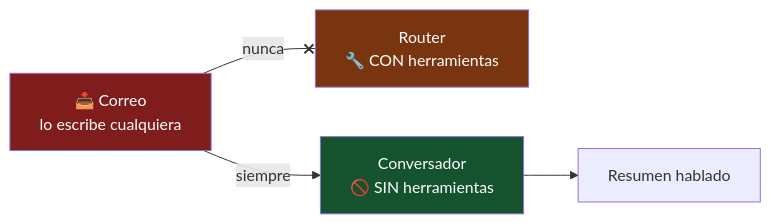
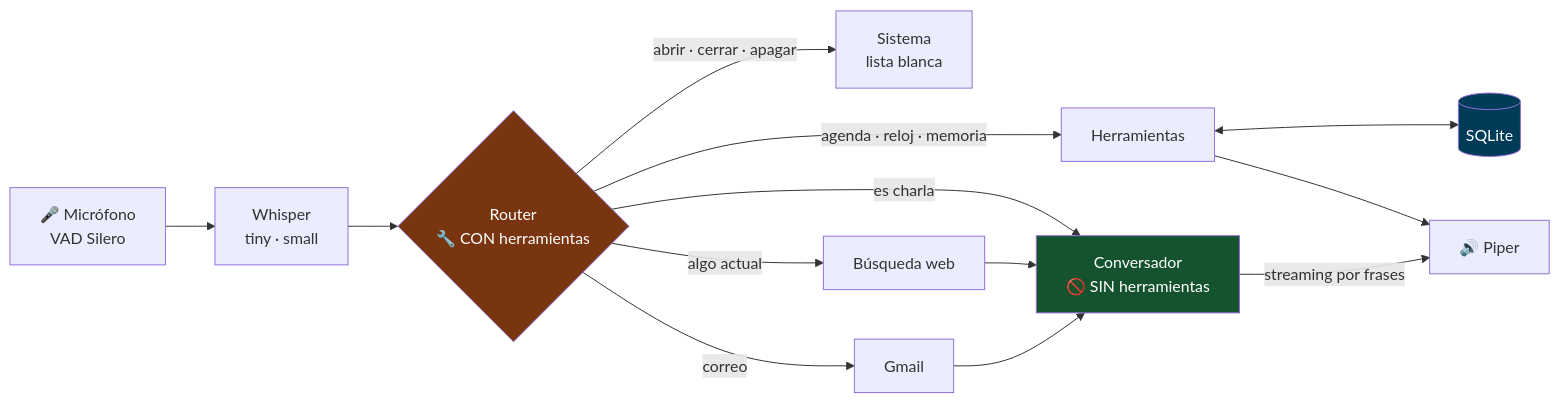
The diagram in README.md (Totti-Coder/jarvis-local), drawn with Mermaid before and after one commit. The commit also changed other lines of this file, not shown here.

````diff
--- a/README.md
+++ b/README.md
@@ -377,15 +65,19 @@
 ```mermaid
 flowchart LR
-    MAIL["📥 Correo<br/>lo escribe cualquiera"]
-    ROUTER["Router<br/>🔧 CON herramientas"]
-    CHARLA["Conversador<br/>🚫 SIN herramientas"]
-    RESP["Resumen hablado"]
+    MIC["🎤 Micrófono<br/>VAD Silero"] --> STT["Whisper<br/>tiny · small"]
+    STT --> ROUTER{"Router<br/>🔧 CON herramientas"}
+    ROUTER -->|"agenda · reloj · memoria"| HERR["Herramientas"]
+    ROUTER -->|"abrir · cerrar · apagar"| SIS["Sistema<br/>lista blanca"]
+    ROUTER -->|"correo"| MAIL["Gmail"]
+    ROUTER -->|"algo actual"| WEB["Búsqueda web"]
+    ROUTER -->|"es charla"| CHARLA["Conversador<br/>🚫 SIN herramientas"]
+    WEB --> CHARLA
+    MAIL --> CHARLA
+    HERR <--> DB[("SQLite")]
+    HERR --> TTS["🔊 Piper"]
+    CHARLA -->|"streaming por frases"| TTS
 
-    MAIL -- "nunca" --x ROUTER
-    MAIL -- "siempre" --> CHARLA
-    CHARLA --> RESP
-
-    style MAIL fill:#7f1d1d,color:#fff
     style ROUTER fill:#78350f,color:#fff
     style CHARLA fill:#14532d,color:#fff
+    style DB fill:#003B57,color:#fff
 ```
````
